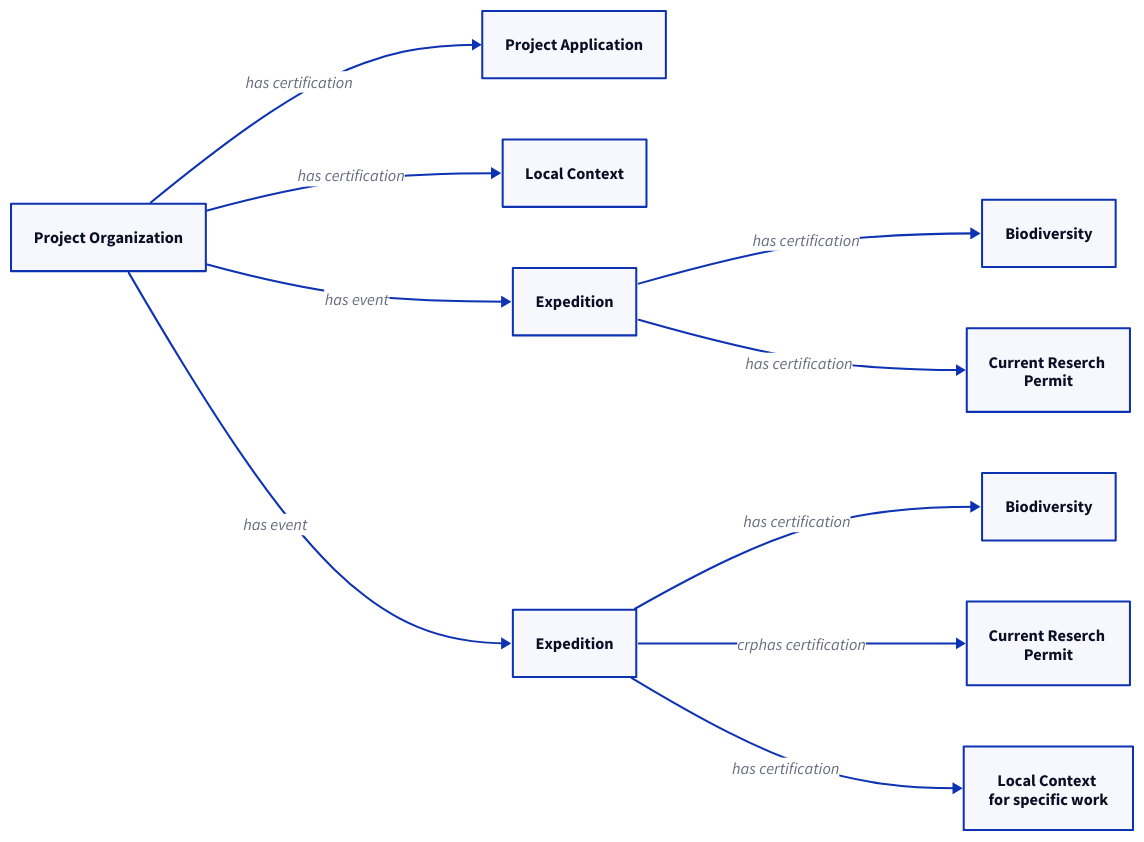
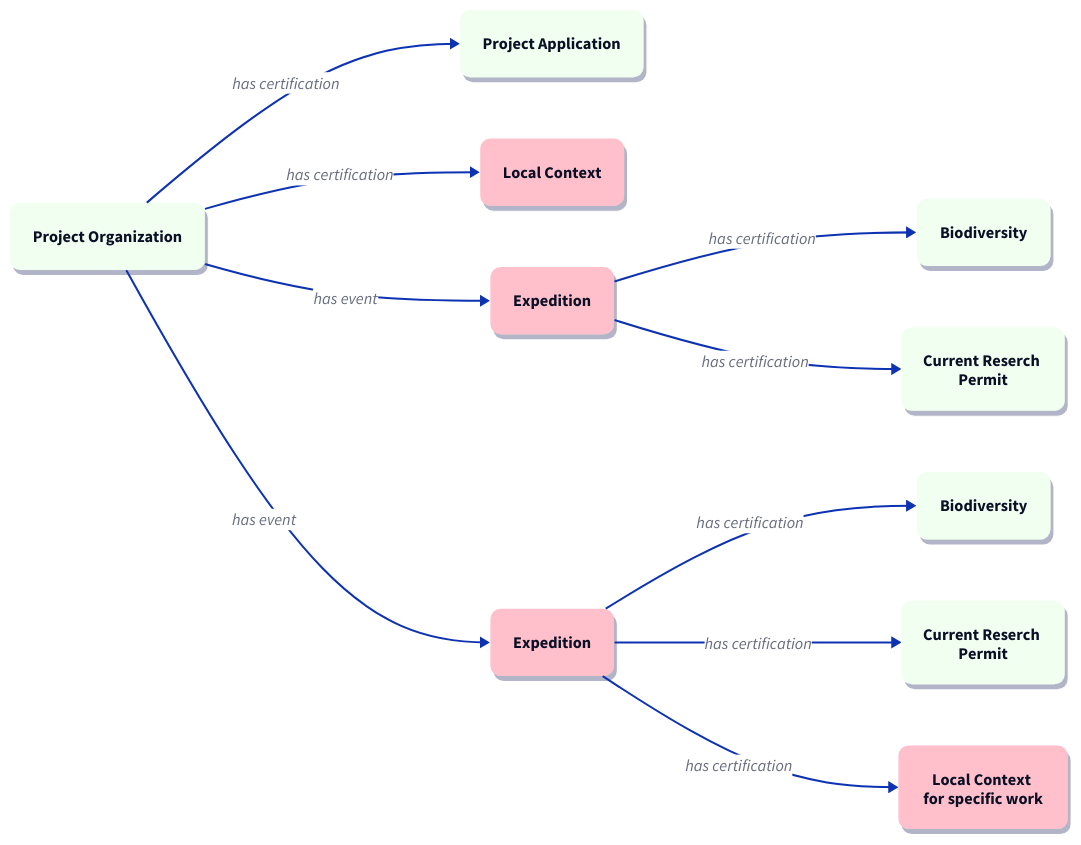
One commit to FAIRIslandProject/project-data-prototype changed the diagram in testing/docs/flow.d2. Above: the diagram before and after it, drawn with D2. The commit also changed other lines of this file and 2 other files, not shown here.

```diff
--- a/testing/docs/flow.d2
+++ b/testing/docs/flow.d2
@@ -1,26 +1,55 @@
 direction: right
+
+classes: {
+  base: {
+    style: {
+    stroke-width: 0
+       fill: pink
+       shadow: true
+       border-radius: 10
+       }
+  }
+  node: {
+     style: {
+        stroke-width: 0
+       fill: honeydew
+       shadow: true
+       border-radius: 10
+  }
+}
+}
+
 
 pa: Project Application
 po: Project Organization
 lc: Local Context
 lcsp: Local Context \n for specific work
+
 ex1: Expedition
 crp: Current Reserch \n Permit
 bio: Biodiversity
 
 ex2: Expedition
 crp2: Current Reserch \n Permit
 bio2: Biodiversity
+
+*.class: base
+po.class: node
+pa.class: node
+crp.class: node
+bio.class: node
+crp2.class: node
+bio2.class: node
 
 po -> pa: has certification
 po -> lc: has certification
 
 po -> ex1: has event
 po -> ex2: has event
 
 ex1 -> bio: has certification
 ex1 -> crp: has certification
 
 ex2 -> bio2: has certification
-ex2 -> crp2: crphas certification
+ex2 -> crp2: has certification
 ex2 -> lcsp: has certification
```
